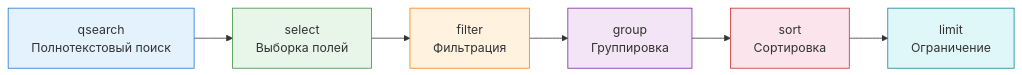
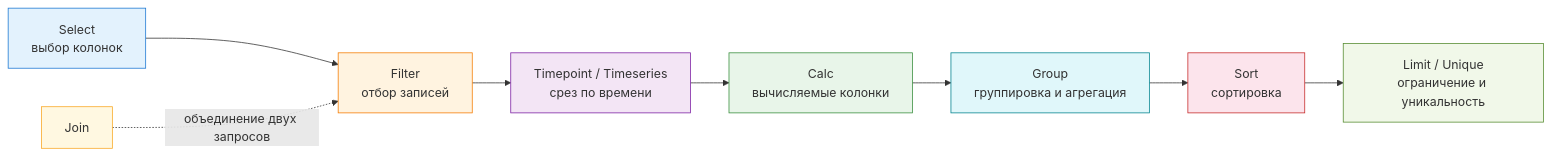
The diagram in InfoSec/PositiveTechnologies/MaxPatrol VM/4. Язык PDQL.md (ale88andr/obs-vault), drawn with Mermaid before and after one commit. The commit also changed other lines of this file and 8 other files, not shown here.

````diff
--- a/InfoSec/PositiveTechnologies/MaxPatrol VM/4. Язык PDQL.md
+++ b/InfoSec/PositiveTechnologies/MaxPatrol VM/4. Язык PDQL.md
@@ -41,15 +56,19 @@
 ```mermaid
 graph LR
-    A[qsearch<br/>Полнотекстовый поиск] --> B[select<br/>Выборка полей]
-    B --> C[filter<br/>Фильтрация]
-    C --> D[group<br/>Группировка]
-    D --> E[sort<br/>Сортировка]
-    E --> F[limit<br/>Ограничение]
+    A[Select<br/>выбор колонок] --> B[Filter<br/>отбор записей]
+    B --> C[Timepoint / Timeseries<br/>срез по времени]
+    C --> D[Calc<br/>вычисляемые колонки]
+    D --> E[Group<br/>группировка и агрегация]
+    E --> F[Sort<br/>сортировка]
+    F --> G[Limit / Unique<br/>ограничение и уникальность]
+    H[Join] -. объединение двух запросов .-> B
 
     style A fill:#e3f2fd,stroke:#1976d2
-    style B fill:#e8f5e9,stroke:#388e3c
-    style C fill:#fff3e0,stroke:#f57c00
-    style D fill:#f3e5f5,stroke:#7b1fa2
-    style E fill:#fce4ec,stroke:#c62828
-    style F fill:#e0f7fa,stroke:#00838f
+    style B fill:#fff3e0,stroke:#f57c00
+    style C fill:#f3e5f5,stroke:#7b1fa2
+    style D fill:#e8f5e9,stroke:#388e3c
+    style E fill:#e0f7fa,stroke:#00838f
+    style F fill:#fce4ec,stroke:#c62828
+    style G fill:#f1f8e9,stroke:#558b2f
+    style H fill:#fff8e1,stroke:#f9a825
 ```
````
